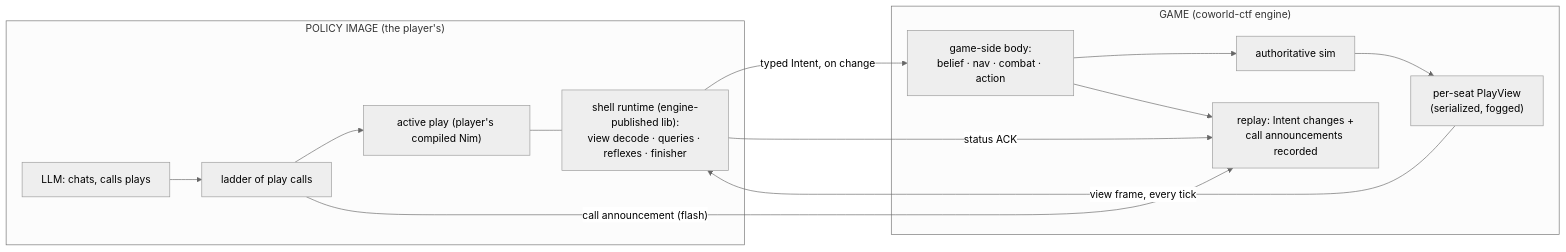
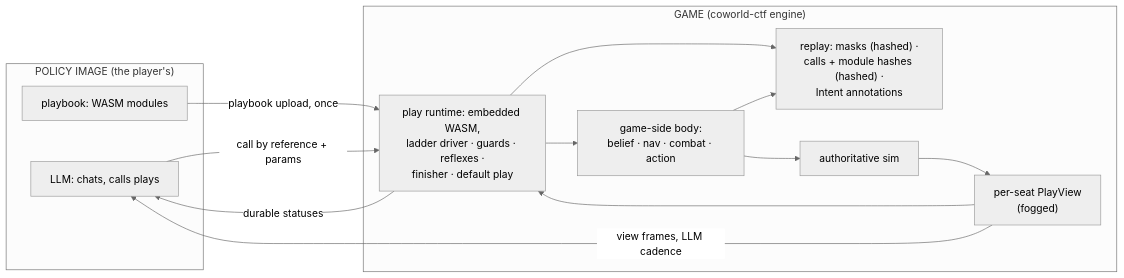
The diagram in docs/designs/strategy-play-calling-shell-2026-08-29.md (Metta-AI/coworld-ctf), drawn with Mermaid (neutral theme) before and after one commit. The commit also changed other lines of this file and 2 other files, not shown here.

First line of the commit message:
docs: play-calling design — WASM-over-the-wire re-architecture converged (19-round Codex review) + humanizer pass + HTML re-render

````diff
--- a/docs/designs/strategy-play-calling-shell-2026-08-29.md
+++ b/docs/designs/strategy-play-calling-shell-2026-08-29.md
@@ -64,24 +69,21 @@
 ```mermaid
 flowchart LR
     subgraph POLICY["POLICY IMAGE (the player's)"]
         LLM["LLM: chats, calls plays"]
-        LAD["ladder of play calls"]
-        PLAY["active play (player's compiled Nim)"]
-        RT["shell runtime (engine-published lib):<br/>view decode · queries · reflexes · finisher"]
-        LLM --> LAD --> PLAY
-        PLAY --- RT
+        PB["playbook: WASM modules"]
     end
     subgraph GAME["GAME (coworld-ctf engine)"]
-        VF["per-seat PlayView<br/>(serialized, fogged)"]
+        VF["per-seat PlayView<br/>(fogged)"]
+        RT["play runtime: embedded WASM,<br/>ladder driver · guards · reflexes ·<br/>finisher · default play"]
         BODY["game-side body:<br/>belief · nav · combat · action"]
-        REC["replay: Intent changes +<br/>call announcements recorded"]
+        REC["replay: masks (hashed) ·<br/>calls + module hashes (hashed) ·<br/>Intent annotations"]
         SIM["authoritative sim"]
-        SIM --> VF
-        BODY --> SIM
+        SIM --> VF --> RT --> BODY --> SIM
+        RT --> REC
         BODY --> REC
     end
-    VF -->|"view frame, every tick"| RT
-    RT -->|"typed Intent, on change"| BODY
-    RT -->|"status ACK"| REC
-    LAD -->|"call announcement (flash)"| REC
+    PB -->|"playbook upload, once"| RT
+    LLM -->|"call by reference + params"| RT
+    VF -->|"view frames, LLM cadence"| LLM
+    RT -->|"durable statuses"| LLM
 ```
````
